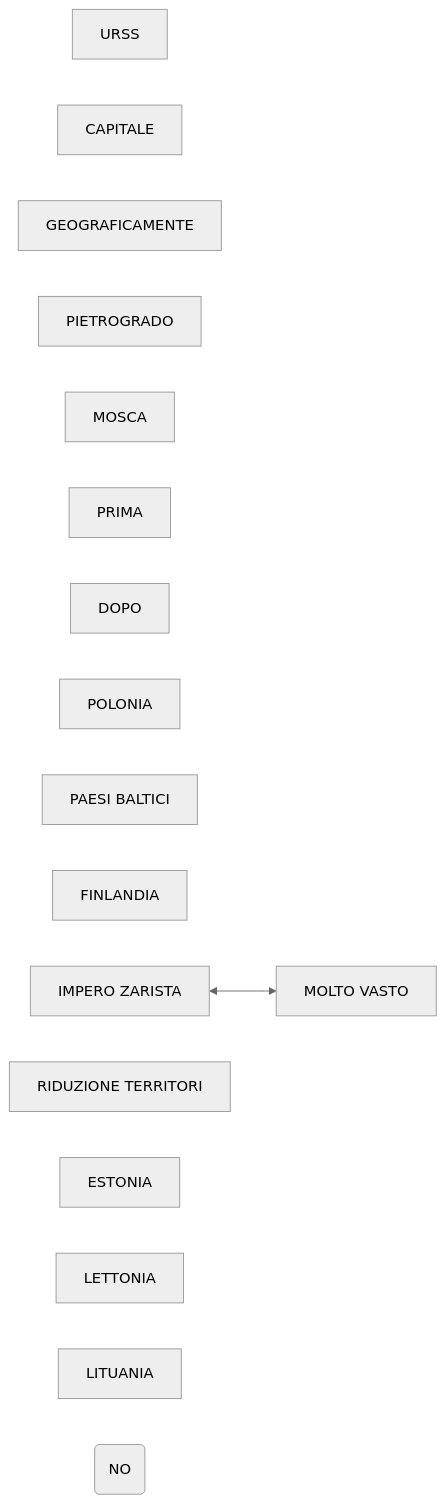
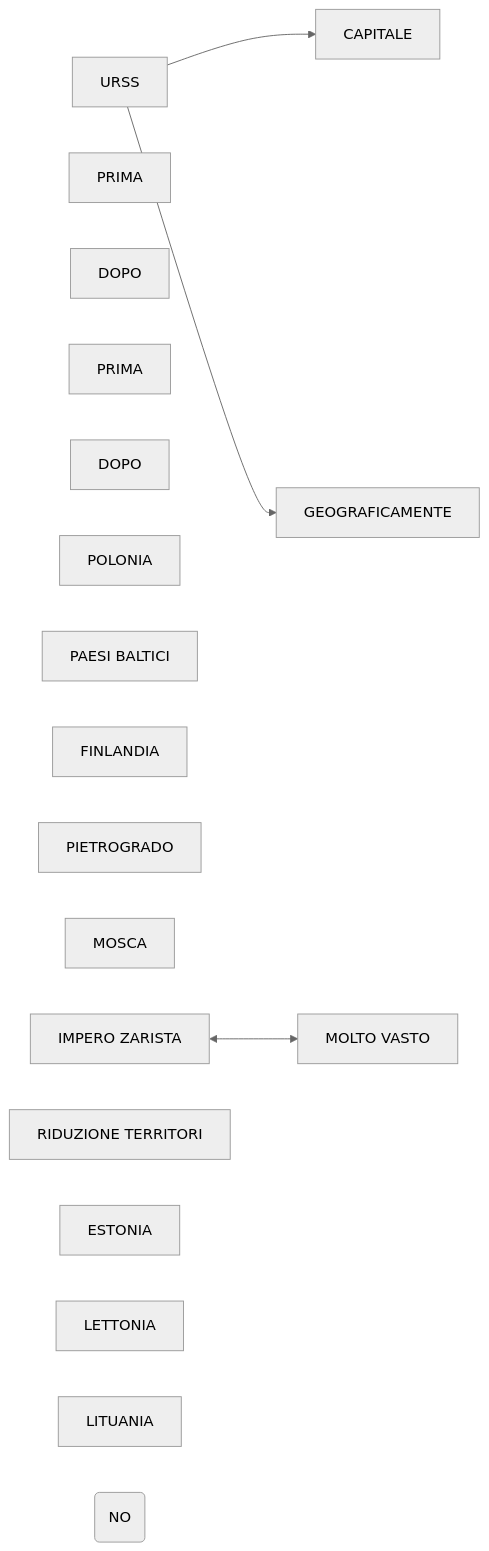
Before and after one commit to Laaouatni/ricerca-storia-MermaidJS: the diagram in prova.md, drawn with Mermaid (neutral theme).

````diff
--- a/prova.md
+++ b/prova.md
@@ -1,21 +1,25 @@
 ```mermaid
 flowchart LR
     0[URSS]
     1[CAPITALE]
-    10[PIETROGRADO]
-    11[MOSCA]
+    10[PRIMA]
+    100[PIETROGRADO]
+    11[DOPO]
+    110[MOSCA]
     2[GEOGRAFICAMENTE]
     20[PRIMA]
     200[IMPERO ZARISTA]
     201[MOLTO VASTO]
     200 <--> 201
     21[DOPO]
     210[RIDUZIONE TERRITORI]
     2100(NO)
     30[POLONIA]
     31[PAESI BALTICI]
     310[ESTONIA]
     311[LETTONIA]
     312[LITUANIA]
     32[FINLANDIA]
+    0 --> 1 & 2
+
 ```
````
